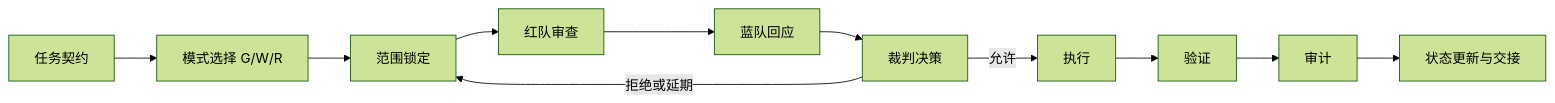
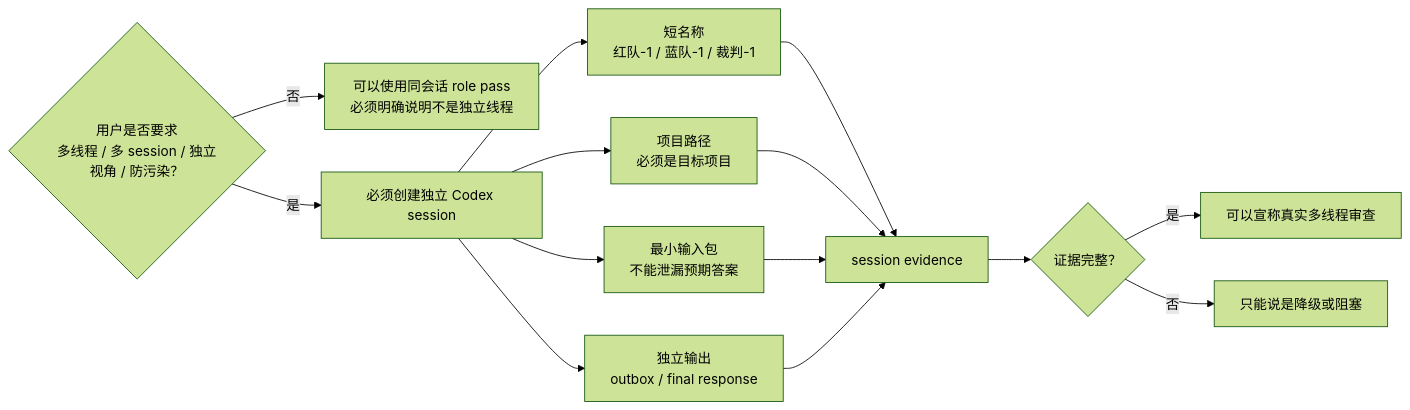
One commit to pigeon-flower/multi-thread-generative-governance-skill changed the fourth of 8 diagrams in README.md. Above: the diagram before and after it, drawn with Mermaid (forest theme). The commit also changed other lines of this file, not shown here.

Commit message:
Rewrite README with usage guidance and architecture diagrams

````diff
--- a/README.md
+++ b/README.md
@@ -25,13 +157,17 @@
 ```mermaid
 flowchart LR
-    A["任务契约"] --> B["模式选择 G/W/R"]
-    B --> C["范围锁定"]
-    C --> D["红队审查"]
-    D --> E["蓝队回应"]
-    E --> F["裁判决策"]
-    F -->|允许| G["执行"]
-    F -->|拒绝或延期| C
-    G --> H["验证"]
-    H --> I["审计"]
-    I --> J["状态更新与交接"]
+    A{"用户是否要求<br/>多线程 / 多 session / 独立视角 / 防污染？"}
+    A -->|否| B["可以使用同会话 role pass<br/>必须明确说明不是独立线程"]
+    A -->|是| C["必须创建独立 Codex session"]
+    C --> D["短名称<br/>红队-1 / 蓝队-1 / 裁判-1"]
+    C --> E["项目路径<br/>必须是目标项目"]
+    C --> F["最小输入包<br/>不能泄漏预期答案"]
+    C --> G["独立输出<br/>outbox / final response"]
+    D --> H["session evidence"]
+    E --> H
+    F --> H
+    G --> H
+    H --> I{"证据完整？"}
+    I -->|是| J["可以宣称真实多线程审查"]
+    I -->|否| K["只能说是降级或阻塞"]
 ```
````
